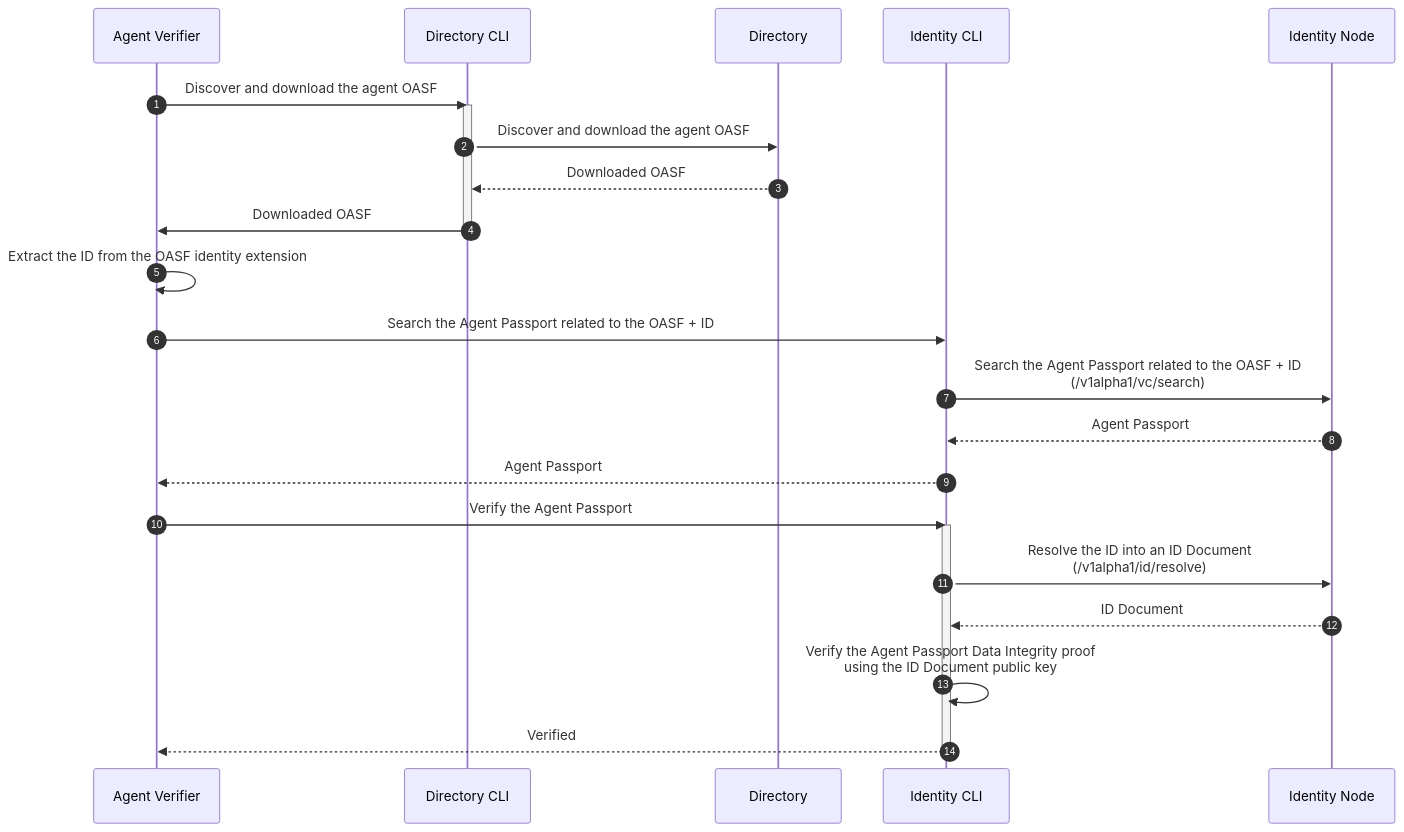
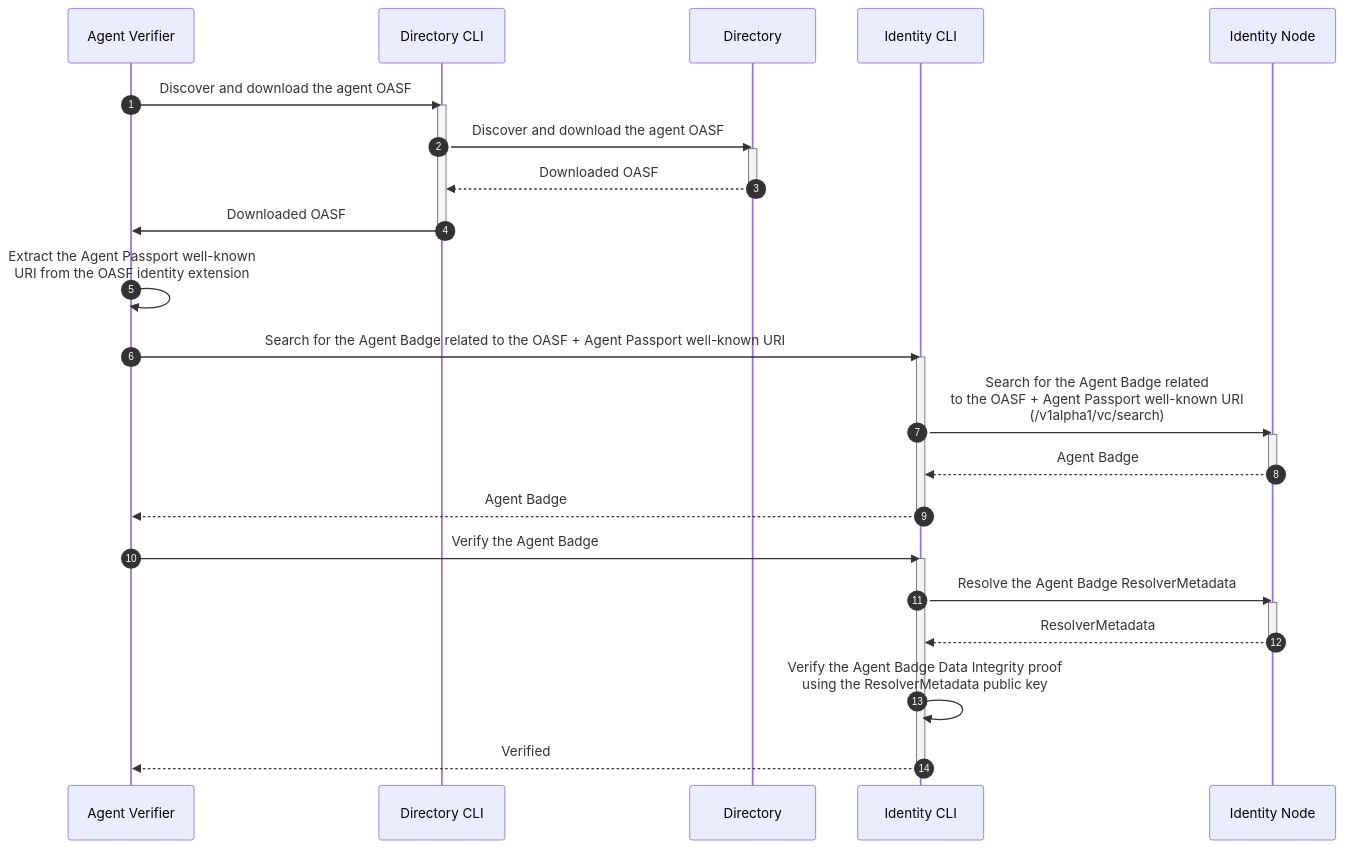
Before and after one commit to agntcy/identity-spec: the fourth of 4 diagrams in docs-src/docs/specs/flows/agntcy.md, drawn with Mermaid. The commit also changed other lines of this file, not shown here.

Commit message:
feat: verify flows

````diff
--- a/docs-src/docs/specs/flows/agntcy.md
+++ b/docs-src/docs/specs/flows/agntcy.md
@@ -168,28 +172,36 @@
 ```mermaid
 sequenceDiagram
 autonumber
 
 % Discover + download the agent OASF
 Agent Verifier->>Directory CLI: Discover and download the agent OASF
 activate Directory CLI
 Directory CLI->>Directory: Discover and download the agent OASF
+activate Directory
 Directory-->>Directory CLI: Downloaded OASF
+deactivate Directory
 Directory CLI->>Agent Verifier: Downloaded OASF
 deactivate Directory CLI
 
-Agent Verifier->>Agent Verifier: Extract the ID from the OASF identity extension
+Agent Verifier->>Agent Verifier: Extract the Agent Passport well-known<br/>URI from the OASF identity extension
 
-Agent Verifier->>Identity CLI: Search the Agent Passport related to the OASF + ID
-Identity CLI->>Identity Node: Search the Agent Passport related to the OASF + ID<br/>(/v1alpha1/vc/search)
-Identity Node-->>Identity CLI: Agent Passport
-Identity CLI-->>Agent Verifier: Agent Passport
+Agent Verifier->>Identity CLI: Search for the Agent Badge related to the OASF + Agent Passport well-known URI
+activate Identity CLI
+Identity CLI->>Identity Node: Search for the Agent Badge related<br/>to the OASF + Agent Passport well-known URI<br/>(/v1alpha1/vc/search)
+activate Identity Node
+Identity Node-->>Identity CLI: Agent Badge
+deactivate Identity Node
+Identity CLI-->>Agent Verifier: Agent Badge
+deactivate Identity CLI
 
-% Find and verify the Agent Passport
-Agent Verifier->>Identity CLI: Verify the Agent Passport
+% Find and verify the Agent Badge
+Agent Verifier->>Identity CLI: Verify the Agent Badge
 activate Identity CLI
-Identity CLI->>Identity Node: Resolve the ID into an ID Document<br/>(/v1alpha1/id/resolve)
-Identity Node-->>Identity CLI: ID Document
-Identity CLI->>Identity CLI: Verify the Agent Passport Data Integrity proof<br/>using the ID Document public key
+Identity CLI->>Identity Node: Resolve the Agent Badge ResolverMetadata
+activate Identity Node
+Identity Node-->>Identity CLI: ResolverMetadata
+deactivate Identity Node
+Identity CLI->>Identity CLI: Verify the Agent Badge Data Integrity proof<br/>using the ResolverMetadata public key
 Identity CLI-->>Agent Verifier: Verified
 deactivate Identity CLI
 ```
````
